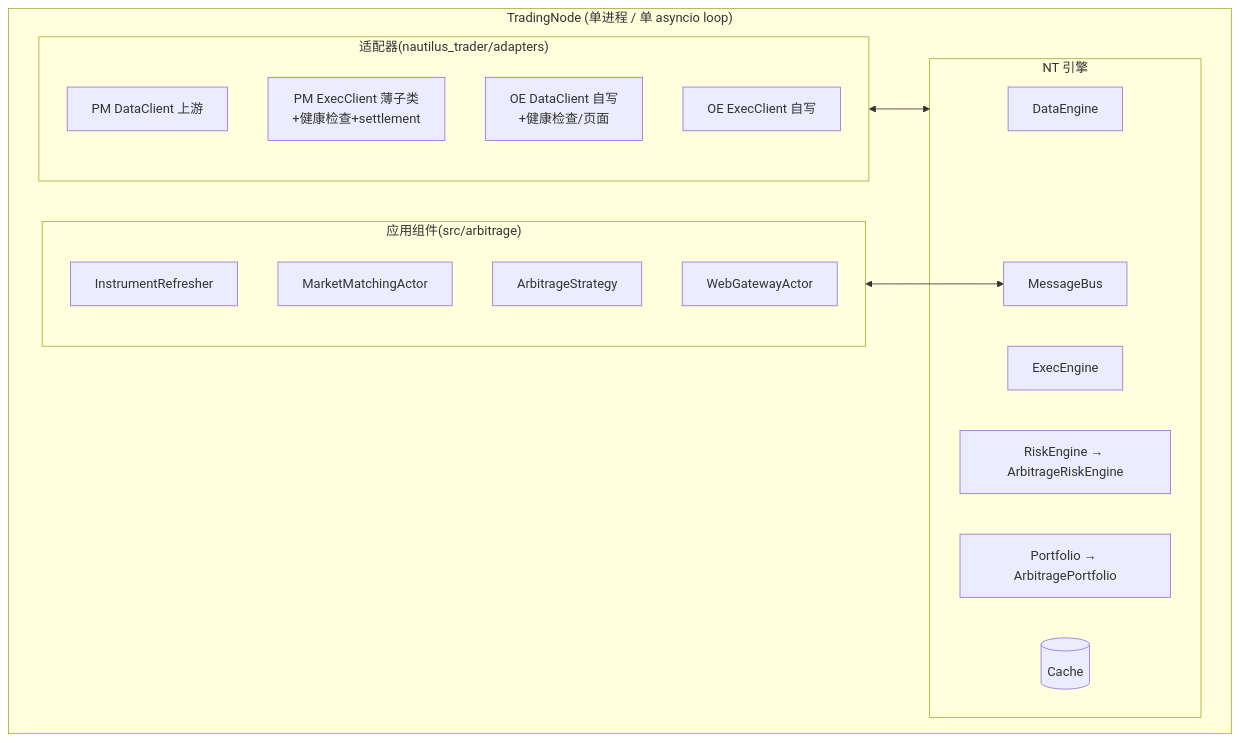
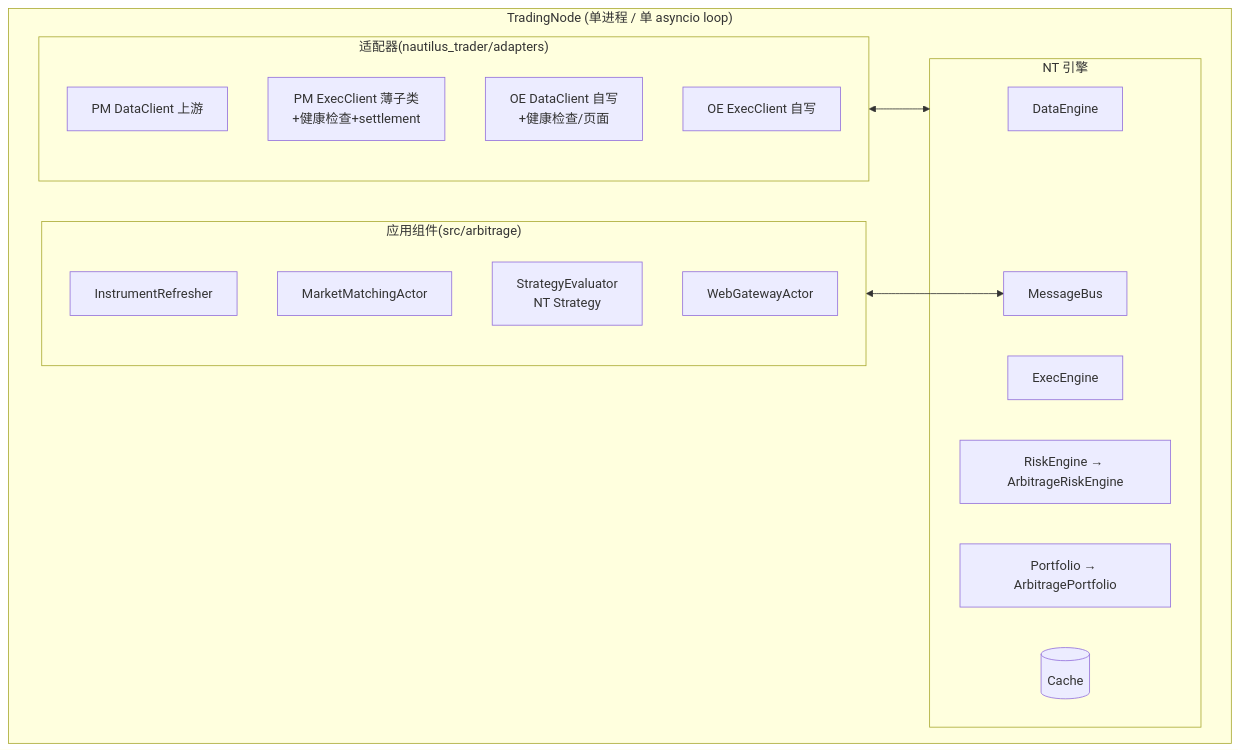
Before and after one commit to psnewer/nautilus_trader: the first of 2 diagrams in docs/arbitrage/architecture.md, drawn with Mermaid. The commit also changed other lines of this file and 121 other files, not shown here.

````diff
--- a/docs/arbitrage/architecture.md
+++ b/docs/arbitrage/architecture.md
@@ -19,23 +21,23 @@
 ```mermaid
 flowchart TB
   subgraph Node["TradingNode (单进程 / 单 asyncio loop)"]
     subgraph Engines["NT 引擎"]
       DE[DataEngine]
       EE[ExecEngine]
       RE["RiskEngine → ArbitrageRiskEngine"]
       PF["Portfolio → ArbitragePortfolio"]
       MB[MessageBus]
       CA[(Cache)]
     end
     subgraph Adapters["适配器(nautilus_trader/adapters)"]
       PMd[PM DataClient 上游] ; PMe["PM ExecClient 薄子类<br/>+健康检查+settlement"]
       OEd["OE DataClient 自写<br/>+健康检查/页面"] ; OEe[OE ExecClient 自写]
     end
     subgraph App["应用组件(src/arbitrage)"]
       RF[InstrumentRefresher] ; MA[MarketMatchingActor]
-      ST[ArbitrageStrategy] ; WG[WebGatewayActor]
+      ST[StrategyEvaluator<br/>NT Strategy] ; WG[WebGatewayActor]
     end
   end
   Adapters <--> Engines
   App <--> MB
 ```
````
